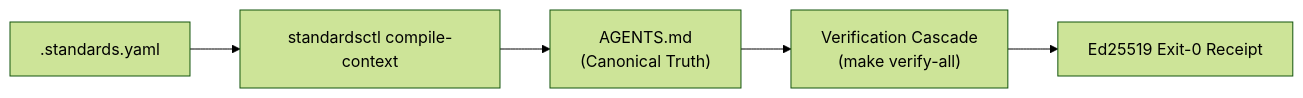
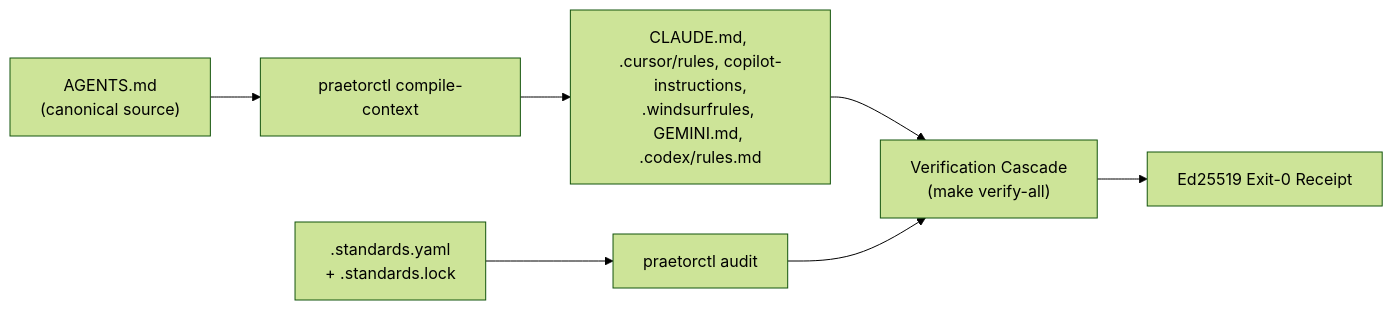
Before and after one commit to cordanaLLM/praetor: the diagram in docs/wiki/Home.md, drawn with Mermaid (forest theme). The commit also changed other lines of this file and 50 other files, not shown here.

````diff
--- a/docs/wiki/Home.md
+++ b/docs/wiki/Home.md
@@ -7,7 +7,9 @@
 ```mermaid
 flowchart LR
-    MANIFEST[".standards.yaml"] --> TRANSPILER["standardsctl compile-context"]
-    TRANSPILER --> AGENTS["AGENTS.md\n(Canonical Truth)"]
-    AGENTS --> GATES["Verification Cascade\n(make verify-all)"]
+    AGENTS["AGENTS.md\n(canonical source)"] --> TRANSPILER["praetorctl compile-context"]
+    TRANSPILER --> VENDORS["CLAUDE.md, .cursor/rules, copilot-instructions,\n.windsurfrules, GEMINI.md, .codex/rules.md"]
+    MANIFEST[".standards.yaml\n+ .standards.lock"] --> AUDIT["praetorctl audit"]
+    VENDORS --> GATES["Verification Cascade\n(make verify-all)"]
+    AUDIT --> GATES
     GATES --> RECEIPT["Ed25519 Exit-0 Receipt"]
 ```
````
